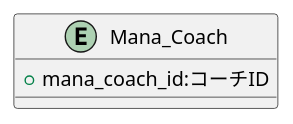
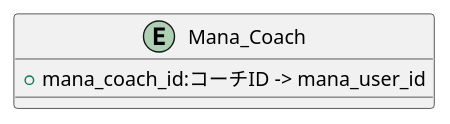
One commit to popoposorara/ERP_ER changed the diagram in Entity/Mana_Coach.pu. Above: the diagram before and after it, drawn with PlantUML. The commit also changed 14 other files, not shown here.

```diff
--- a/Entity/Mana_Coach.pu
+++ b/Entity/Mana_Coach.pu
@@ -1,7 +1,7 @@
 @startuml
 
 entity "Mana_Coach" {
-    + mana_coach_id:コーチID
+    + mana_coach_id:コーチID -> mana_user_id
 }
 
 @enduml
```
